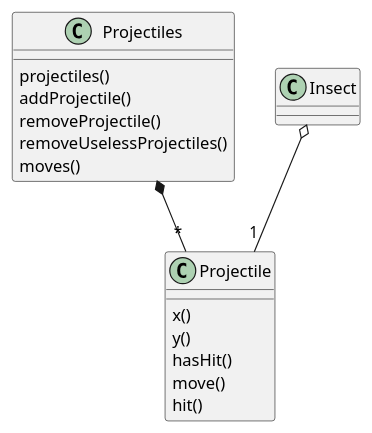
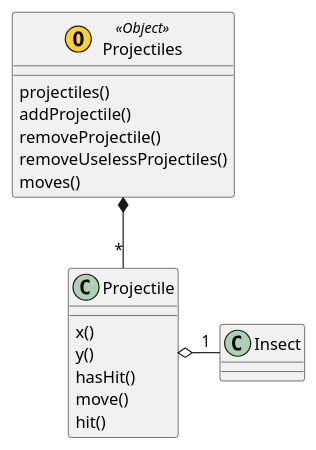
Before and after one commit to fdemoor/prog1p3: the diagram in rapport/projectileDiagram.puml, drawn with PlantUML. The commit also changed 4 other files, not shown here.

Commit message:
Added an explanation for events improvement. Corrected 2 diagrams

```diff
--- a/rapport/projectileDiagram.puml
+++ b/rapport/projectileDiagram.puml
@@ -1,27 +1,25 @@
 @startuml
 
-class Projectiles
-
+class Projectiles << (O,#FFD036) Object >>
+class Projectile
 class Insect
 
-class Projectile
 
-
-Insect o-- "1" Projectile
+Projectile o-right- "1" Insect
 Projectiles *-- "*" Projectile
 
 
 Projectiles : projectiles()
 Projectiles : addProjectile()
 Projectiles : removeProjectile()
 Projectiles : removeUselessProjectiles()
 Projectiles : moves()
 
 Projectile : x()
 Projectile : y()
 Projectile : hasHit()
 Projectile : move()
 Projectile : hit()
 
 
 @enduml
```
